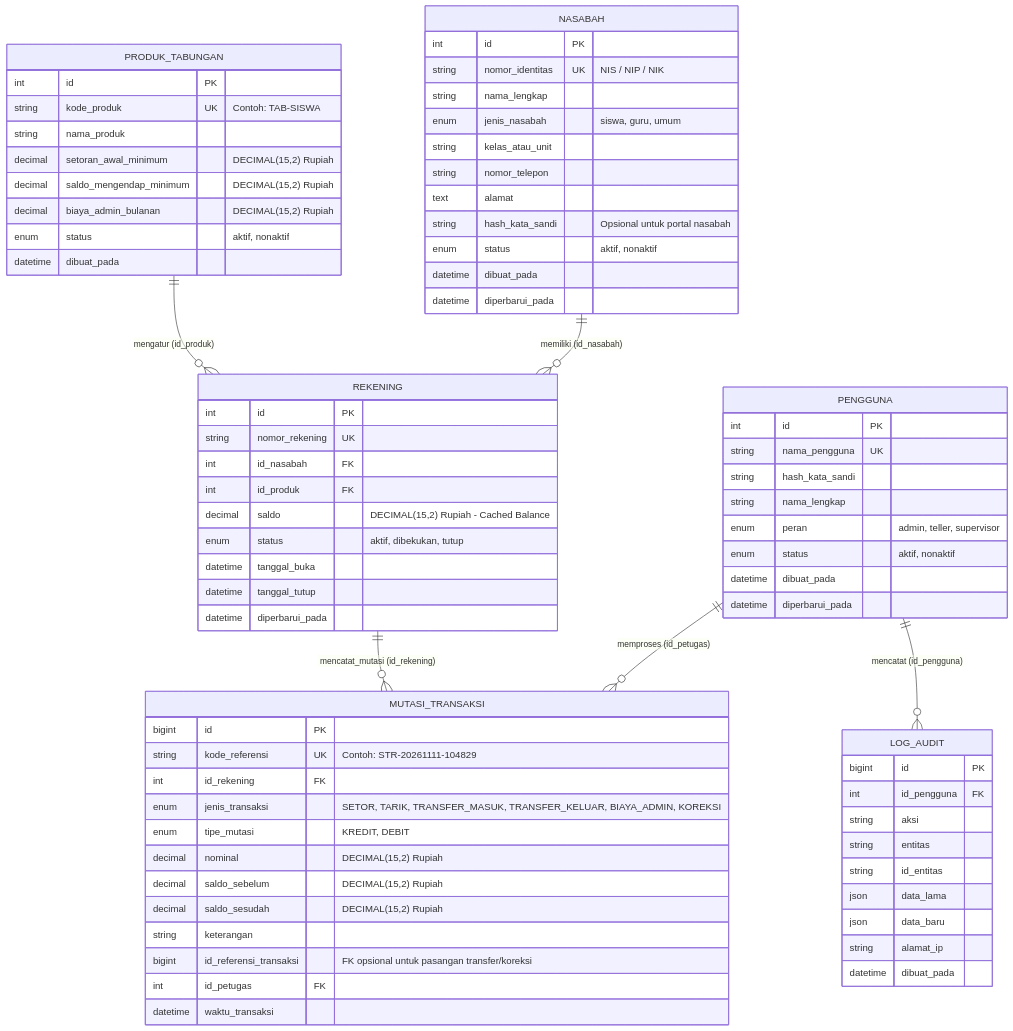
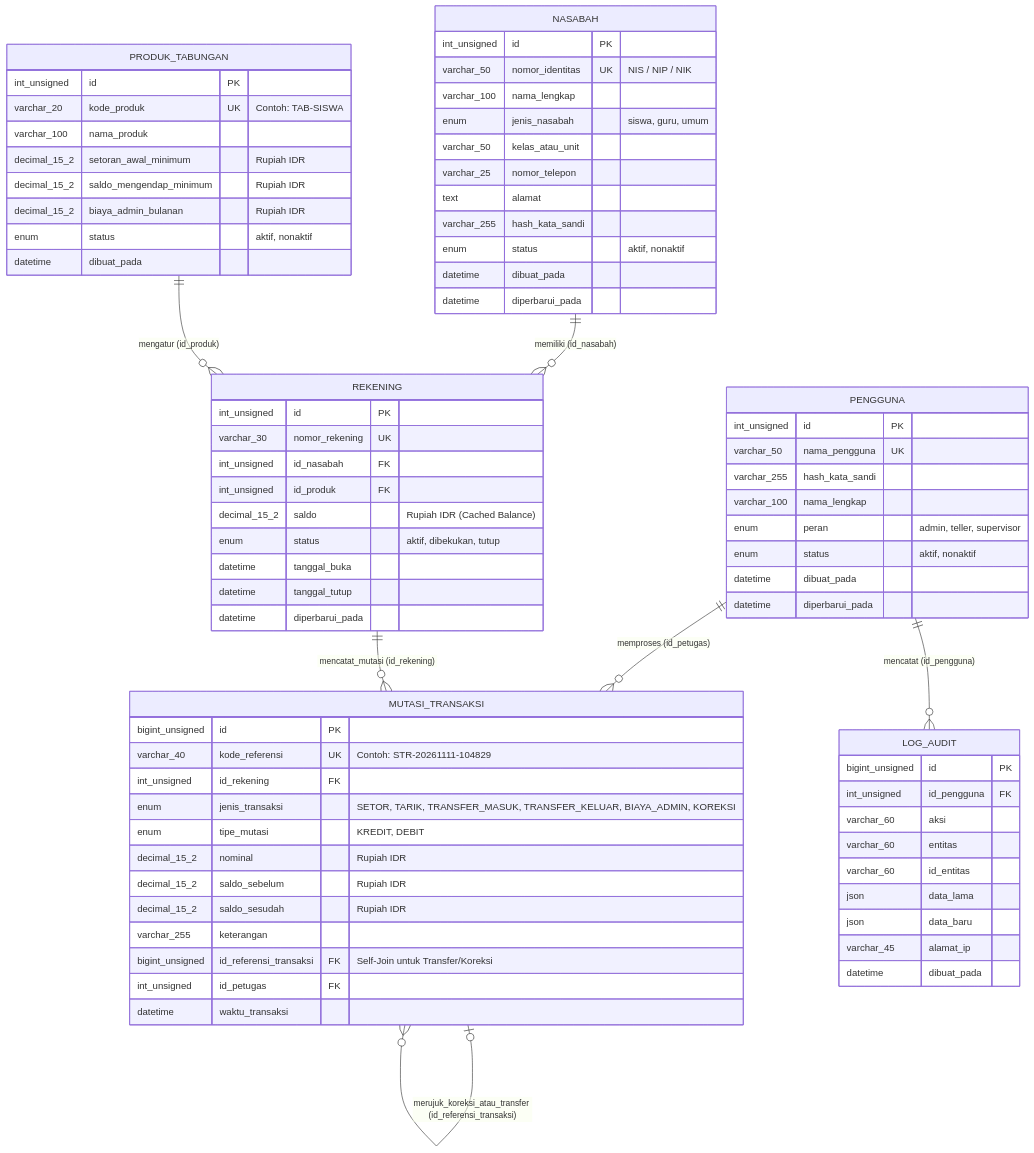
Before and after one commit to jejak-awan/bankmini: the diagram in dokumentasi/02-panduan-dev/skema-database.md, drawn with Mermaid. The commit also changed other lines of this file and 45 other files, not shown here.

Commit message:
v1.1.0: Tambahkan komentar edukasi RPL (@konsep_rpl), DFD/ERD/Kamus Data, & Manajemen Versi

````diff
--- a/dokumentasi/02-panduan-dev/skema-database.md
+++ b/dokumentasi/02-panduan-dev/skema-database.md
@@ -13,12 +26,13 @@
     NASABAH ||--o{ REKENING : "memiliki (id_nasabah)"
     PRODUK_TABUNGAN ||--o{ REKENING : "mengatur (id_produk)"
     REKENING ||--o{ MUTASI_TRANSAKSI : "mencatat_mutasi (id_rekening)"
+    MUTASI_TRANSAKSI |o--o{ MUTASI_TRANSAKSI : "merujuk_koreksi_atau_transfer (id_referensi_transaksi)"
 
     PENGGUNA {
-        int id PK
-        string nama_pengguna UK
-        string hash_kata_sandi
-        string nama_lengkap
+        int_unsigned id PK
+        varchar_50 nama_pengguna UK
+        varchar_255 hash_kata_sandi
+        varchar_100 nama_lengkap
         enum peran "admin, teller, supervisor"
         enum status "aktif, nonaktif"
         datetime dibuat_pada
@@ -26,36 +40,36 @@
     }
 
     NASABAH {
-        int id PK
-        string nomor_identitas UK "NIS / NIP / NIK"
-        string nama_lengkap
+        int_unsigned id PK
+        varchar_50 nomor_identitas UK "NIS / NIP / NIK"
+        varchar_100 nama_lengkap
         enum jenis_nasabah "siswa, guru, umum"
-        string kelas_atau_unit
-        string nomor_telepon
+        varchar_50 kelas_atau_unit
+        varchar_25 nomor_telepon
         text alamat
-        string hash_kata_sandi "Opsional untuk portal nasabah"
+        varchar_255 hash_kata_sandi
         enum status "aktif, nonaktif"
         datetime dibuat_pada
         datetime diperbarui_pada
     }
 
     PRODUK_TABUNGAN {
-        int id PK
-        string kode_produk UK "Contoh: TAB-SISWA"
-        string nama_produk
-        decimal setoran_awal_minimum "DECIMAL(15,2) Rupiah"
-        decimal saldo_mengendap_minimum "DECIMAL(15,2) Rupiah"
-        decimal biaya_admin_bulanan "DECIMAL(15,2) Rupiah"
+        int_unsigned id PK
+        varchar_20 kode_produk UK "Contoh: TAB-SISWA"
+        varchar_100 nama_produk
+        decimal_15_2 setoran_awal_minimum "Rupiah IDR"
+        decimal_15_2 saldo_mengendap_minimum "Rupiah IDR"
+        decimal_15_2 biaya_admin_bulanan "Rupiah IDR"
         enum status "aktif, nonaktif"
         datetime dibuat_pada
     }
 
     REKENING {
-        int id PK
-        string nomor_rekening UK
-        int id_nasabah FK
-        int id_produk FK
-        decimal saldo "DECIMAL(15,2) Rupiah - Cached Balance"
+        int_unsigned id PK
+        varchar_30 nomor_rekening UK
+        int_unsigned id_nasabah FK
+        int_unsigned id_produk FK
+        decimal_15_2 saldo "Rupiah IDR (Cached Balance)"
         enum status "aktif, dibekukan, tutup"
         datetime tanggal_buka
         datetime tanggal_tutup
@@ -63,29 +77,29 @@
     }
 
     MUTASI_TRANSAKSI {
-        bigint id PK
-        string kode_referensi UK "Contoh: STR-20261111-104829"
-        int id_rekening FK
+        bigint_unsigned id PK
+        varchar_40 kode_referensi UK "Contoh: STR-20261111-104829"
+        int_unsigned id_rekening FK
         enum jenis_transaksi "SETOR, TARIK, TRANSFER_MASUK, TRANSFER_KELUAR, BIAYA_ADMIN, KOREKSI"
         enum tipe_mutasi "KREDIT, DEBIT"
-        decimal nominal "DECIMAL(15,2) Rupiah"
-        decimal saldo_sebelum "DECIMAL(15,2) Rupiah"
-        decimal saldo_sesudah "DECIMAL(15,2) Rupiah"
-        string keterangan
-        bigint id_referensi_transaksi "FK opsional untuk pasangan transfer/koreksi"
-        int id_petugas FK
+        decimal_15_2 nominal "Rupiah IDR"
+        decimal_15_2 saldo_sebelum "Rupiah IDR"
+        decimal_15_2 saldo_sesudah "Rupiah IDR"
+        varchar_255 keterangan
+        bigint_unsigned id_referensi_transaksi FK "Self-Join untuk Transfer/Koreksi"
+        int_unsigned id_petugas FK
         datetime waktu_transaksi
     }
 
     LOG_AUDIT {
-        bigint id PK
-        int id_pengguna FK
-        string aksi
-        string entitas
-        string id_entitas
+        bigint_unsigned id PK
+        int_unsigned id_pengguna FK
+        varchar_60 aksi
+        varchar_60 entitas
+        varchar_60 id_entitas
         json data_lama
         json data_baru
-        string alamat_ip
+        varchar_45 alamat_ip
         datetime dibuat_pada
     }
 ```
````
